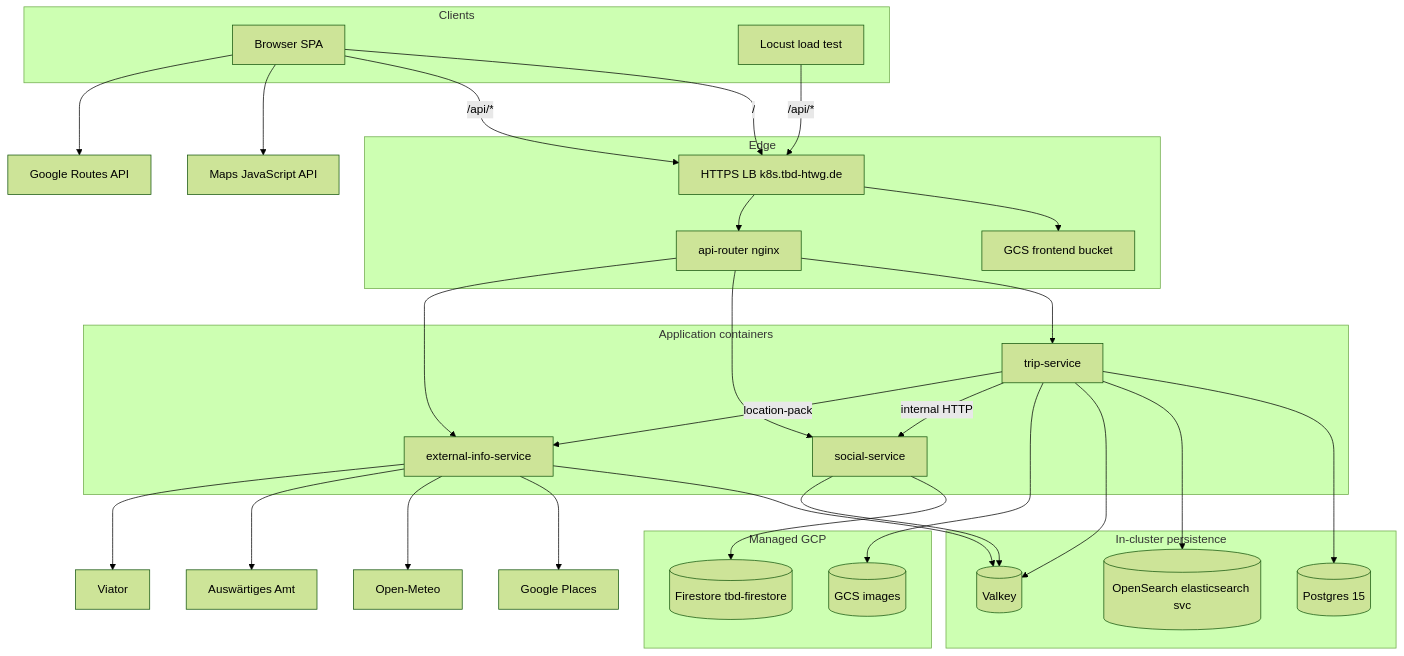
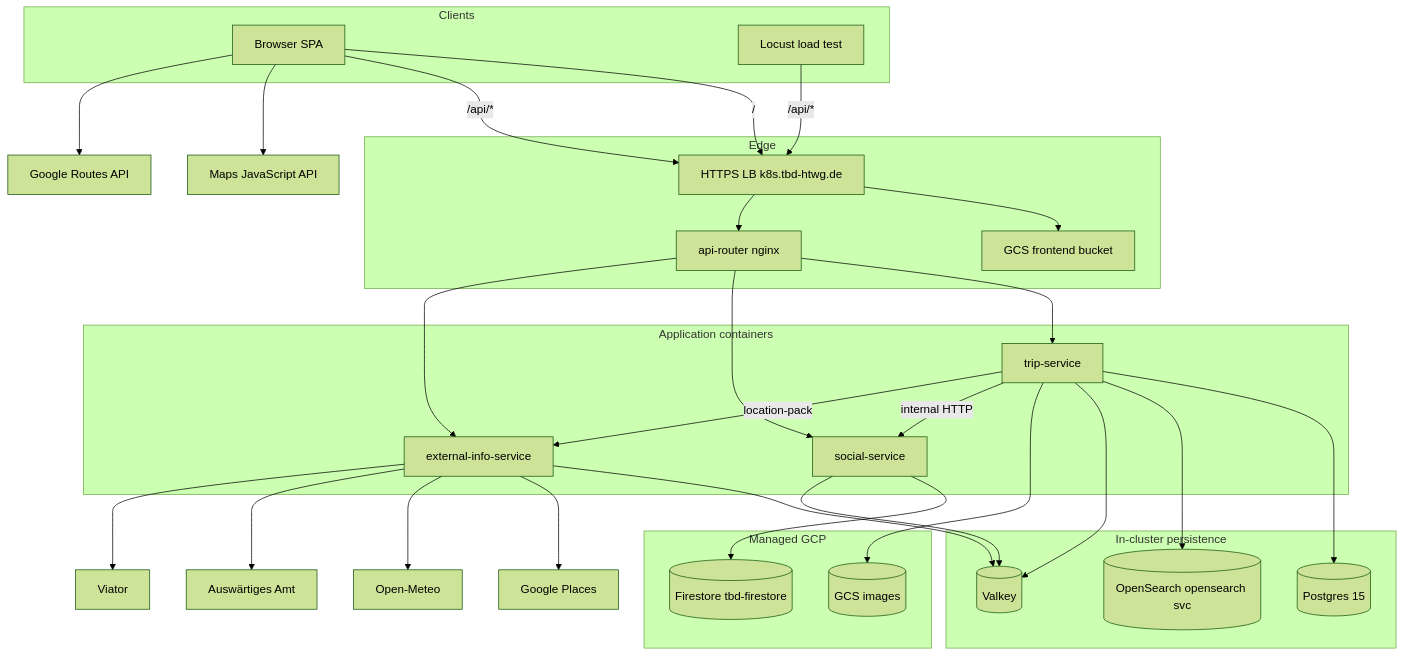
One commit to tbd-htwg/infrastructure changed the second of 5 diagrams in ms2/docs/STATE.md. Above: the diagram before and after it, drawn with Mermaid (forest theme). The commit also changed other lines of this file and 14 other files, not shown here.

Commit message:
Rename search runtime resources to OpenSearch

````diff
--- a/ms2/docs/STATE.md
+++ b/ms2/docs/STATE.md
@@ -73,58 +73,58 @@
 ```mermaid
 flowchart TB
   subgraph Clients [Clients]
     SPA[Browser SPA]
     Locust[Locust load test]
   end
 
   subgraph Edge [Edge]
     FrontendLB["HTTPS LB k8s.tbd-htwg.de"]
     GCSBucket["GCS frontend bucket"]
     ApiRouter["api-router nginx"]
   end
 
   subgraph Apps [Application containers]
     Trip[trip-service]
     Social[social-service]
     Ext[external-info-service]
   end
 
   subgraph InCluster [In-cluster persistence]
     PG[(Postgres 15)]
-    OS[(OpenSearch elasticsearch svc)]
+    OS[(OpenSearch opensearch svc)]
     VK[(Valkey)]
   end
 
   subgraph Managed [Managed GCP]
     FS[(Firestore tbd-firestore)]
     GCSImg[(GCS images)]
   end
 
   SPA -->|"/"| FrontendLB
   SPA -->|"/api/*"| FrontendLB
   Locust -->|"/api/*"| FrontendLB
 
   SPA --> MapsJS[Maps JavaScript API]
   SPA --> RoutesAPI[Google Routes API]
 
   FrontendLB --> GCSBucket
   FrontendLB --> ApiRouter
 
   ApiRouter --> Trip
   ApiRouter --> Social
   ApiRouter --> Ext
 
   Trip --> PG
   Trip --> OS
   Trip --> VK
   Trip --> GCSImg
   Trip -->|internal HTTP| Social
   Trip -->|location-pack| Ext
   Social --> FS
   Social --> VK
   Ext --> VK
   Ext --> Places[Google Places]
   Ext --> Meteo[Open-Meteo]
   Ext --> AA[Auswärtiges Amt]
   Ext --> Viator[Viator]
 ```
````
